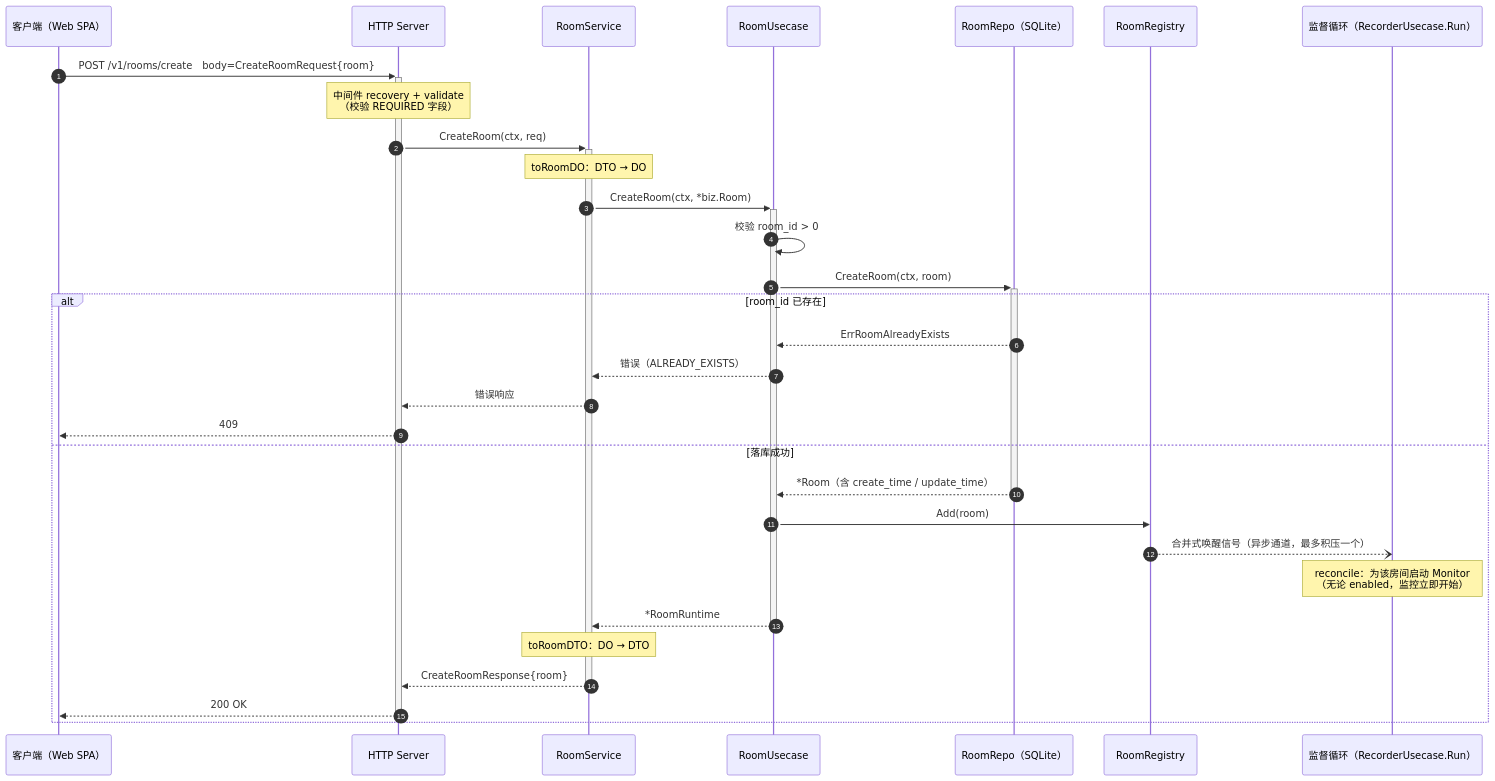
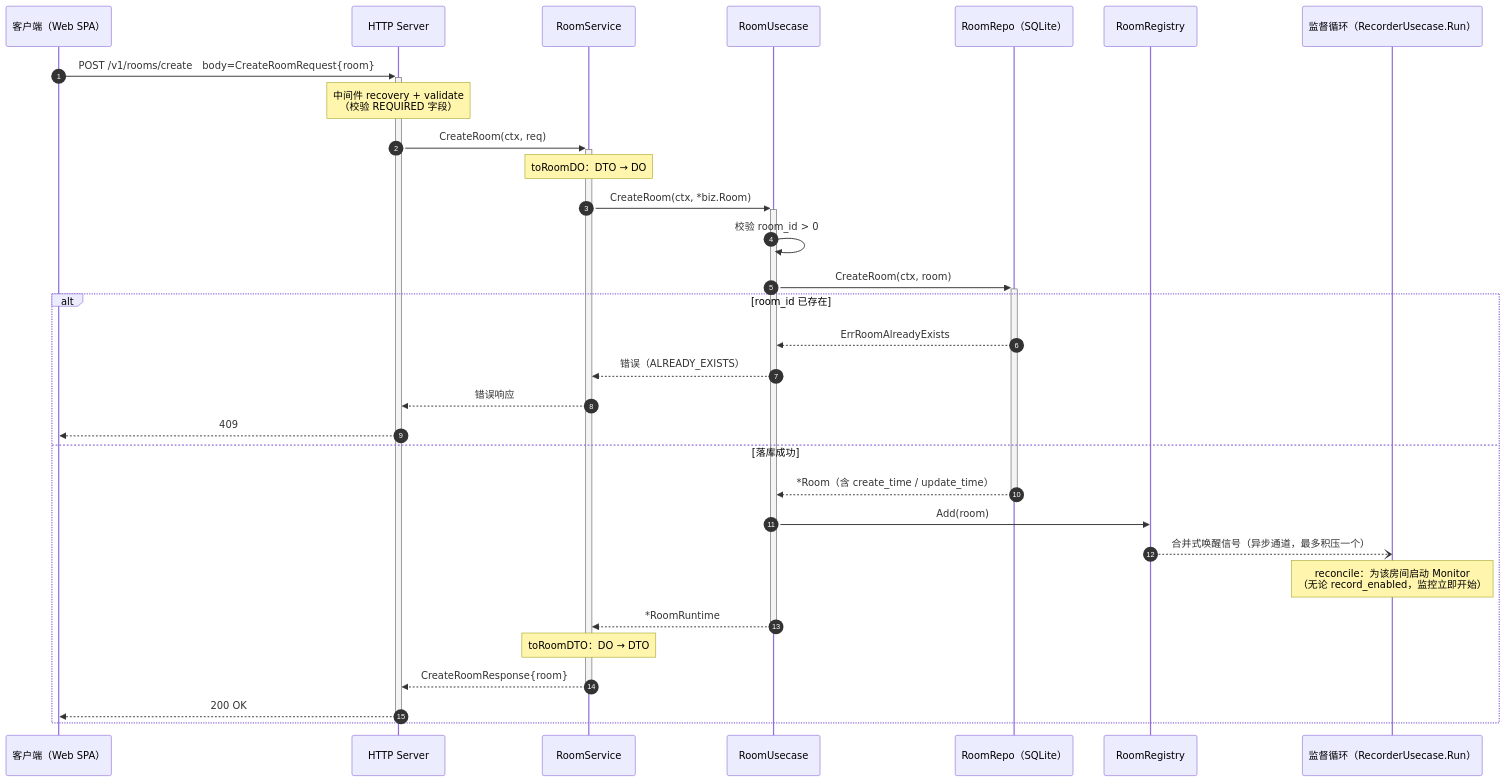
The third of 10 diagrams in docs/design/architecture-diagrams.md (xgbt/suika), drawn with Mermaid before and after one commit. The commit also changed other lines of this file and 19 other files, not shown here.

First line of the commit message:
refactor: rename 'enabled' to 'record_enabled' in session policy and related components

````diff
--- a/docs/design/architecture-diagrams.md
+++ b/docs/design/architecture-diagrams.md
@@ -148,34 +148,34 @@
 ```mermaid
 sequenceDiagram
     autonumber
     participant C as 客户端（Web SPA）
     participant H as HTTP Server
     participant S as RoomService
     participant U as RoomUsecase
     participant R as RoomRepo（SQLite）
     participant G as RoomRegistry
     participant D as 监督循环（RecorderUsecase.Run）
 
     C->>+H: POST /v1/rooms/create　body=CreateRoomRequest{room}
     Note over H: 中间件 recovery + validate<br/>（校验 REQUIRED 字段）
     H->>+S: CreateRoom(ctx, req)
     Note over S: toRoomDO：DTO → DO
     S->>+U: CreateRoom(ctx, *biz.Room)
     U->>U: 校验 room_id > 0
     U->>+R: CreateRoom(ctx, room)
     alt room_id 已存在
         R-->>U: ErrRoomAlreadyExists
         U-->>S: 错误（ALREADY_EXISTS）
         S-->>H: 错误响应
         H-->>C: 409
     else 落库成功
         R-->>-U: *Room（含 create_time / update_time）
         U->>G: Add(room)
         G--)D: 合并式唤醒信号（异步通道，最多积压一个）
-        Note over D: reconcile：为该房间启动 Monitor<br/>（无论 enabled，监控立即开始）
+        Note over D: reconcile：为该房间启动 Monitor<br/>（无论 record_enabled，监控立即开始）
         U-->>-S: *RoomRuntime
         Note over S: toRoomDTO：DO → DTO
         S-->>-H: CreateRoomResponse{room}
         H-->>-C: 200 OK
     end
 ```
````
